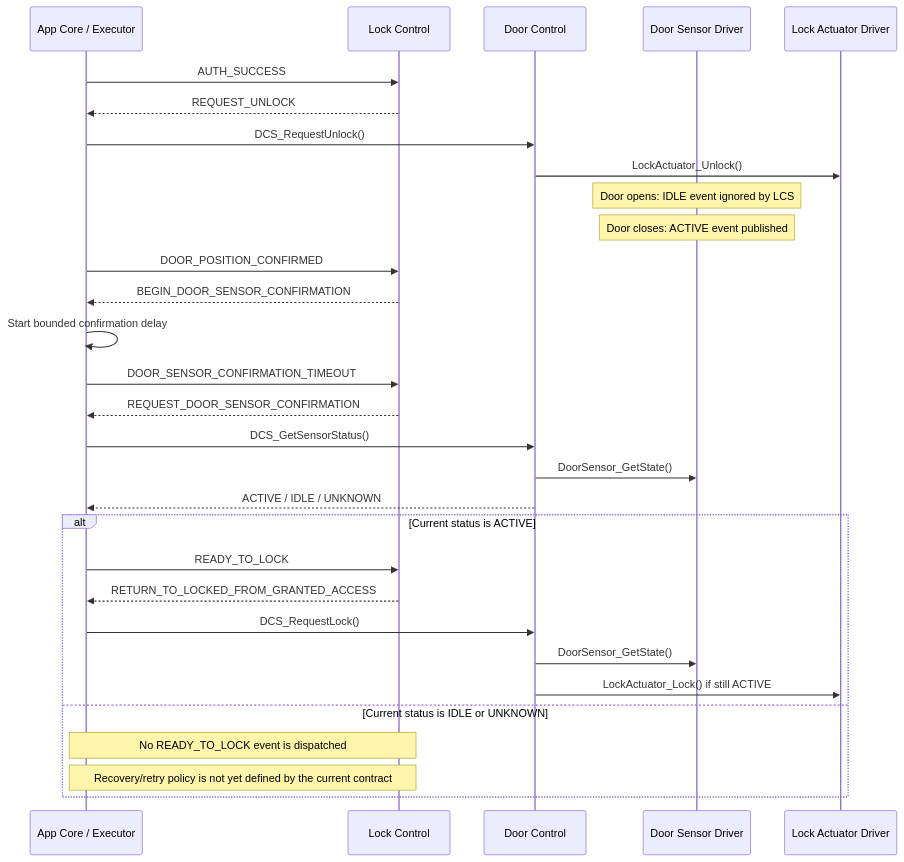
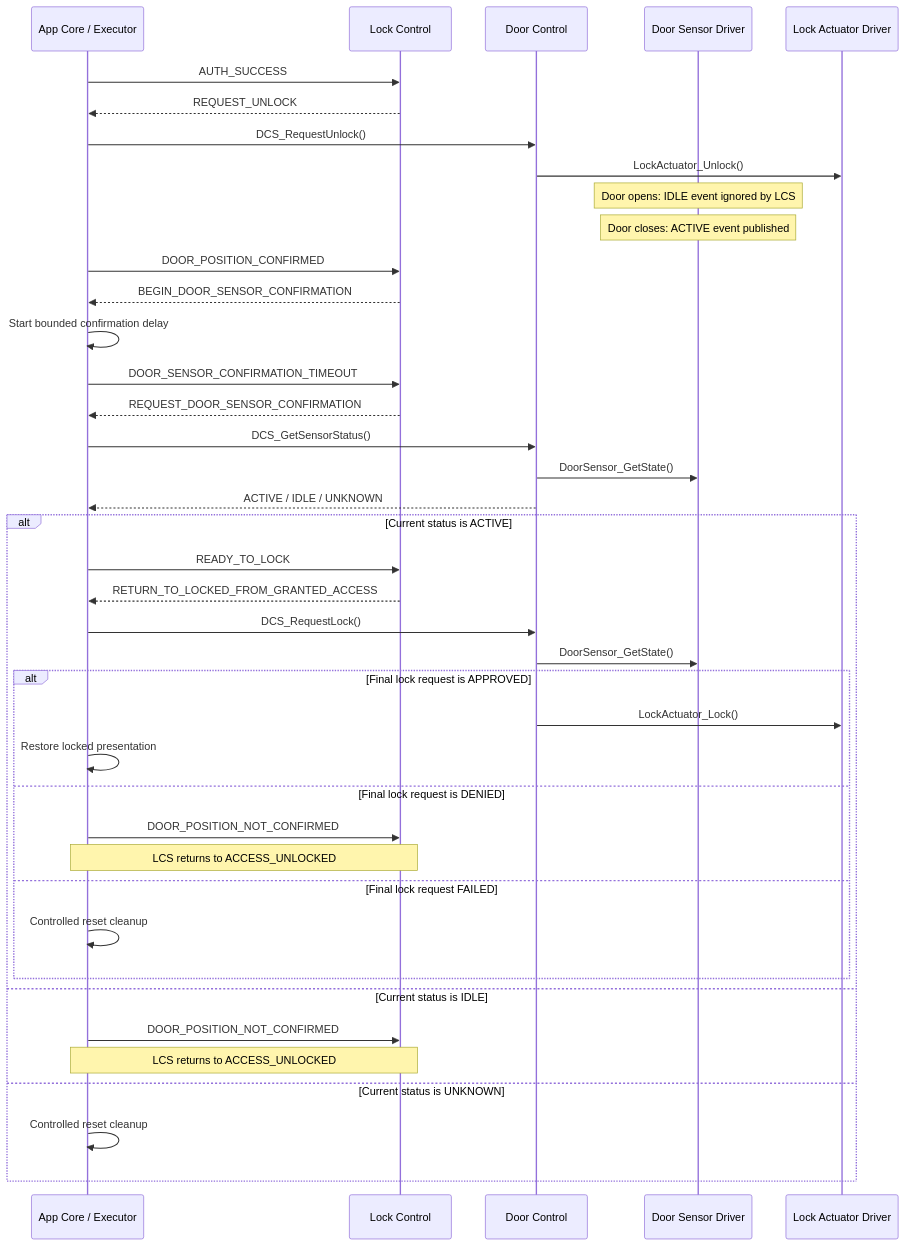
The second of 3 diagrams in Libs/Services/Door_Control/README.md (JP-REY/STM32F103C8T6-Based-Electronic-Lock), drawn with Mermaid before and after one commit. The commit also changed other lines of this file and 22 other files, not shown here.

First line of the commit message:
docs: update project architecture and module documentation

````diff
--- a/Libs/Services/Door_Control/README.md
+++ b/Libs/Services/Door_Control/README.md
@@ -390,38 +390,48 @@
 ```mermaid
 sequenceDiagram
     participant APP as App Core / Executor
     participant LCS as Lock Control
     participant DCS as Door Control
     participant DS as Door Sensor Driver
     participant LA as Lock Actuator Driver
 
     APP->>LCS: AUTH_SUCCESS
     LCS-->>APP: REQUEST_UNLOCK
     APP->>DCS: DCS_RequestUnlock()
     DCS->>LA: LockActuator_Unlock()
 
     Note over DS: Door opens: IDLE event ignored by LCS
     Note over DS: Door closes: ACTIVE event published
 
     APP->>LCS: DOOR_POSITION_CONFIRMED
     LCS-->>APP: BEGIN_DOOR_SENSOR_CONFIRMATION
     APP->>APP: Start bounded confirmation delay
 
     APP->>LCS: DOOR_SENSOR_CONFIRMATION_TIMEOUT
     LCS-->>APP: REQUEST_DOOR_SENSOR_CONFIRMATION
 
     APP->>DCS: DCS_GetSensorStatus()
     DCS->>DS: DoorSensor_GetState()
     DCS-->>APP: ACTIVE / IDLE / UNKNOWN
 
     alt Current status is ACTIVE
         APP->>LCS: READY_TO_LOCK
         LCS-->>APP: RETURN_TO_LOCKED_FROM_GRANTED_ACCESS
         APP->>DCS: DCS_RequestLock()
         DCS->>DS: DoorSensor_GetState()
-        DCS->>LA: LockActuator_Lock() if still ACTIVE
-    else Current status is IDLE or UNKNOWN
-        Note over APP,LCS: No READY_TO_LOCK event is dispatched
-        Note over APP,LCS: Recovery/retry policy is not yet defined by the current contract
+        alt Final lock request is APPROVED
+            DCS->>LA: LockActuator_Lock()
+            APP->>APP: Restore locked presentation
+        else Final lock request is DENIED
+            APP->>LCS: DOOR_POSITION_NOT_CONFIRMED
+            Note over APP,LCS: LCS returns to ACCESS_UNLOCKED
+        else Final lock request FAILED
+            APP->>APP: Controlled reset cleanup
+        end
+    else Current status is IDLE
+        APP->>LCS: DOOR_POSITION_NOT_CONFIRMED
+        Note over APP,LCS: LCS returns to ACCESS_UNLOCKED
+    else Current status is UNKNOWN
+        APP->>APP: Controlled reset cleanup
     end
 ```
````
